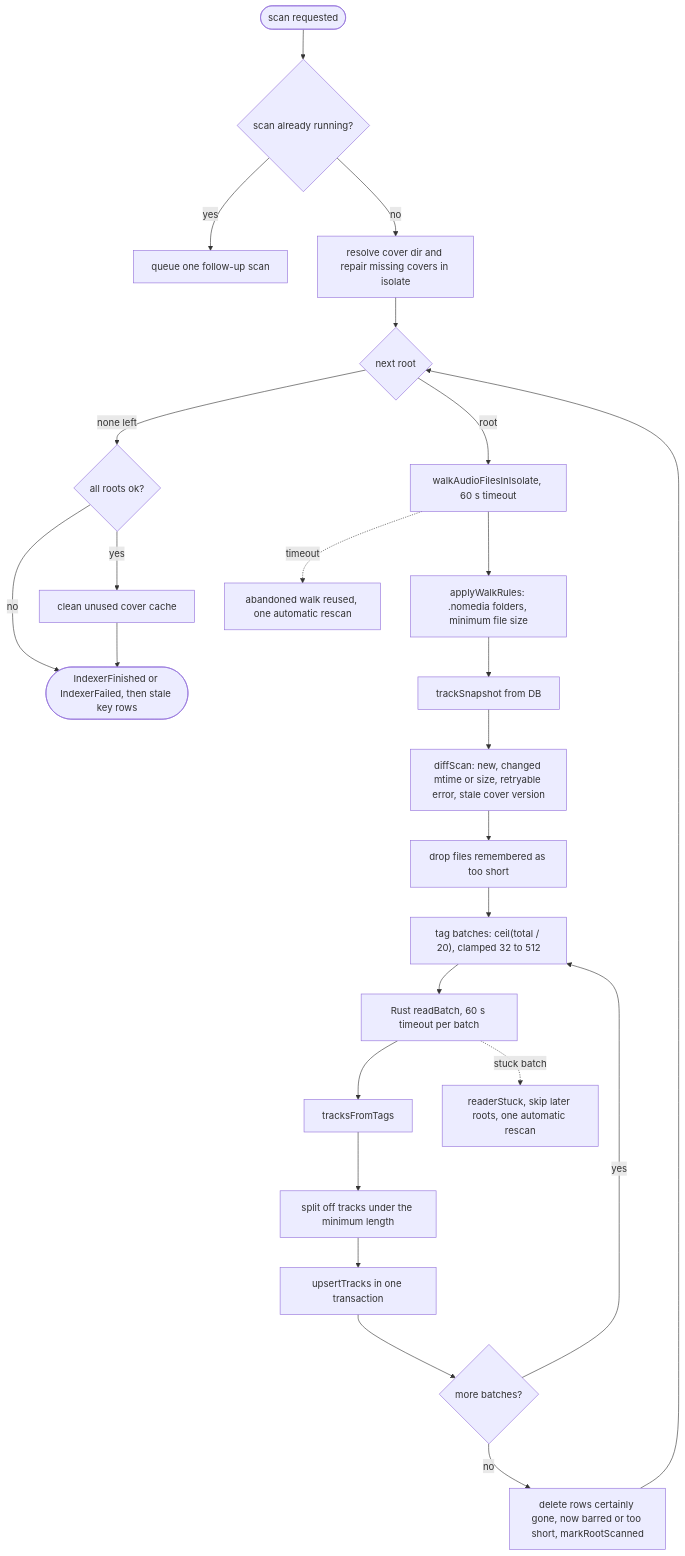
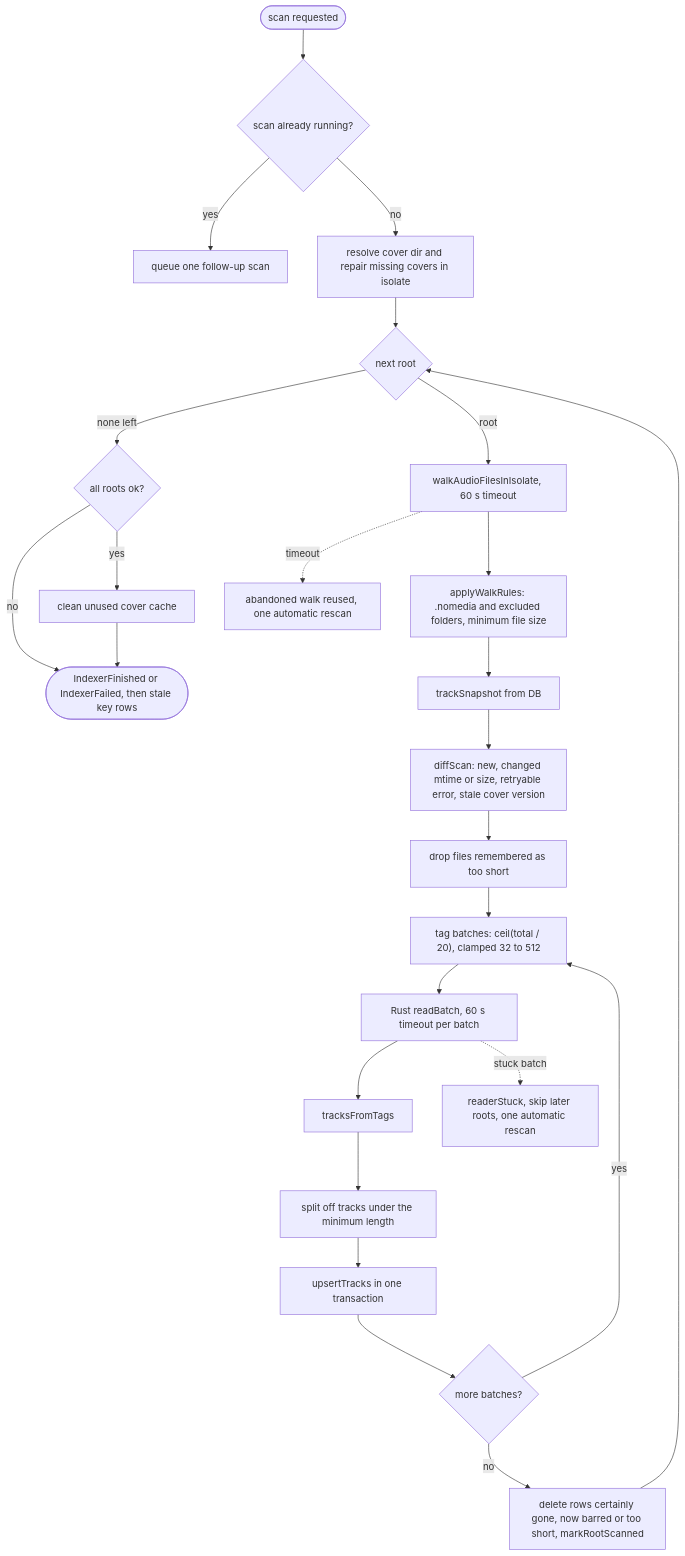
The third of 8 diagrams in docs/system-architecture.md (kanaru313/kanaru), drawn with Mermaid before and after one commit. The commit also changed other lines of this file and 18 other files, not shown here.

````diff
--- a/docs/system-architecture.md
+++ b/docs/system-architecture.md
@@ -145,29 +145,29 @@
 ```mermaid
 flowchart TD
     Start(["scan requested"]) --> Busy{"scan already running?"}
     Busy -- yes --> Follow["queue one follow-up scan"]
     Busy -- no --> Covers["resolve cover dir and repair missing covers in isolate"]
     Covers --> Root{"next root"}
     Root -- none left --> Clean{"all roots ok?"}
     Clean -- yes --> CleanCovers["clean unused cover cache"]
     Clean -- no --> Done
     CleanCovers --> Done(["IndexerFinished or IndexerFailed, then stale key rows"])
 
     Root -- "root" --> Walk["walkAudioFilesInIsolate, 60 s timeout"]
-    Walk --> Rules["applyWalkRules: .nomedia folders, minimum file size"]
+    Walk --> Rules["applyWalkRules: .nomedia and excluded folders, minimum file size"]
     Rules --> Snap["trackSnapshot from DB"]
     Snap --> Diff["diffScan: new, changed mtime or size, retryable error, stale cover version"]
     Diff --> Memo["drop files remembered as too short"]
     Memo --> Batches["tag batches: ceil(total / 20), clamped 32 to 512"]
     Batches --> Read["Rust readBatch, 60 s timeout per batch"]
     Read --> Map["tracksFromTags"]
     Map --> Short["split off tracks under the minimum length"]
     Short --> Upsert["upsertTracks in one transaction"]
     Upsert --> More{"more batches?"}
     More -- yes --> Batches
     More -- no --> Gone["delete rows certainly gone, now barred or too short, markRootScanned"]
     Gone --> Root
 
     Walk -. "timeout" .-> Stall["abandoned walk reused, one automatic rescan"]
     Read -. "stuck batch" .-> Stall2["readerStuck, skip later roots, one automatic rescan"]
 ```
````
